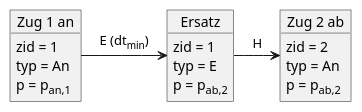
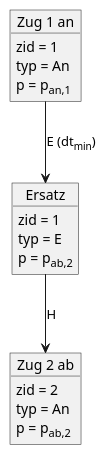
One commit to topological-state/stskit changed the diagram in docs/ersatz-ereignis.puml. Above: the diagram before and after it, drawn with PlantUML. The commit also changed 3 other files, not shown here.

Commit message:
dokumentation: ereignisdiagramme vertikal darstellen

```diff
--- a/docs/ersatz-ereignis.puml
+++ b/docs/ersatz-ereignis.puml
@@ -1,24 +1,24 @@
 @startuml
 'https://plantuml.com/object-diagram
 
 object "Zug 1 an" as zug1an {
     zid = 1
     typ = An
     p = p<sub>an,1</sub>
 }
 
 object "Ersatz" as ersatz {
     zid = 1
     typ = E
     p = p<sub>ab,2</sub>
 }
 
 object "Zug 2 ab" as zug2ab {
     zid = 2
     typ = An
     p = p<sub>ab,2</sub>
 }
 
-zug1an -> ersatz: E (dt<sub>min</sub>)
-ersatz -> zug2ab: H
+zug1an --> ersatz: E (dt<sub>min</sub>)
+ersatz --> zug2ab: H
 @enduml
```
